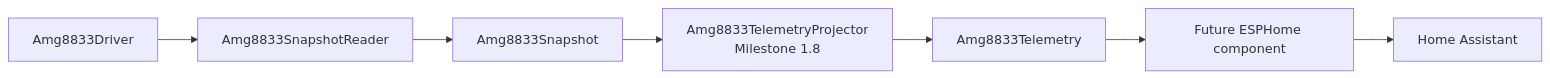
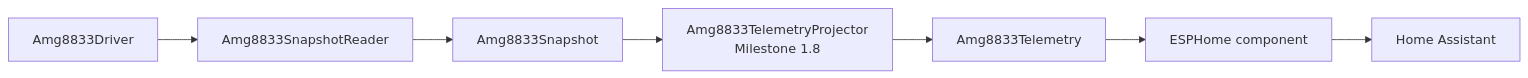
The first of 7 diagrams in docs/Telemetry.md (FishKepping/LeafSense), drawn with Mermaid before and after one commit. The commit also changed other lines of this file and 10 other files, not shown here.

````diff
--- a/docs/Telemetry.md
+++ b/docs/Telemetry.md
@@ -21,12 +21,12 @@
 ```mermaid
 flowchart LR
     Driver["Amg8833Driver"]
     SnapshotReader["Amg8833SnapshotReader"]
     Snapshot["Amg8833Snapshot"]
     Projector["Amg8833TelemetryProjector<br/>Milestone 1.8"]
     Telemetry["Amg8833Telemetry"]
-    ESPHome["Future ESPHome component"]
+    ESPHome["ESPHome component"]
     HA["Home Assistant"]
 
     Driver --> SnapshotReader --> Snapshot --> Projector --> Telemetry --> ESPHome --> HA
 ```
````
